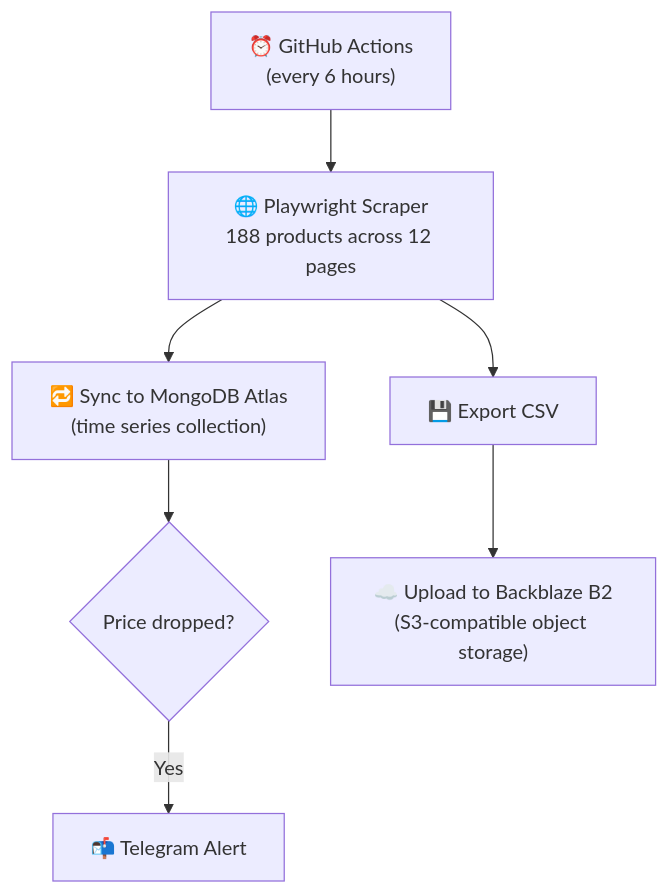
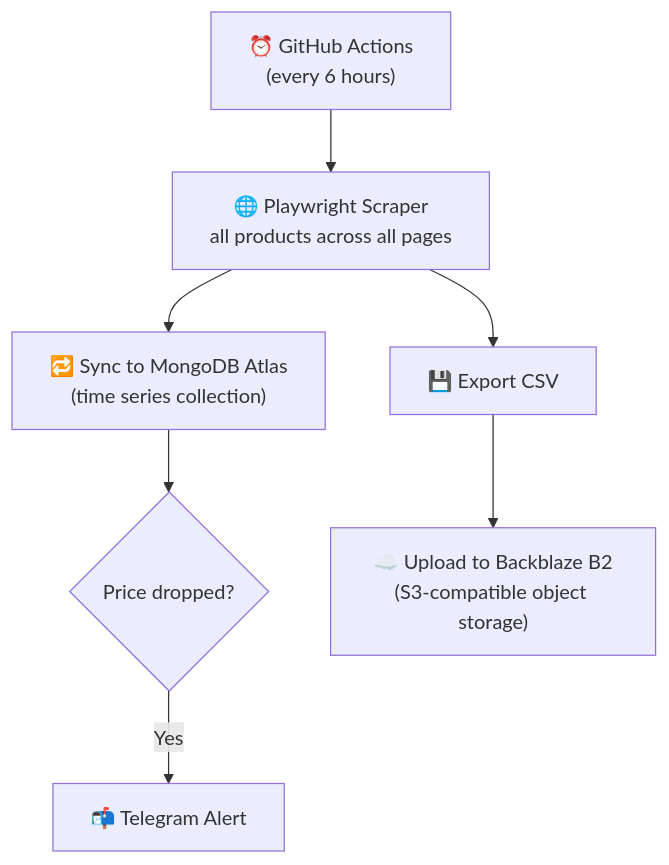
One commit to min-naing/price-tracker-py changed the diagram in README.md. Above: the diagram before and after it, drawn with Mermaid. The commit also changed other lines of this file, not shown here.

````diff
--- a/README.md
+++ b/README.md
@@ -7,10 +7,10 @@
 ```mermaid
 flowchart TD
     A["⏰ GitHub Actions <br> (every 6 hours)"] 
-    A --> B["🌐 Playwright Scraper<br>188 products across 12 pages"] 
+    A --> B["🌐 Playwright Scraper<br>all products across all pages"] 
     B --> C["🔁 Sync to MongoDB Atlas<br>(time series collection)"]
     C --> D{Price dropped?}
     D --> |Yes| E["📬 Telegram Alert"]
     B --> F["💾 Export CSV"]
     F --> G["☁️ Upload to Backblaze B2<br>(S3-compatible object storage)"]
 ```
````
